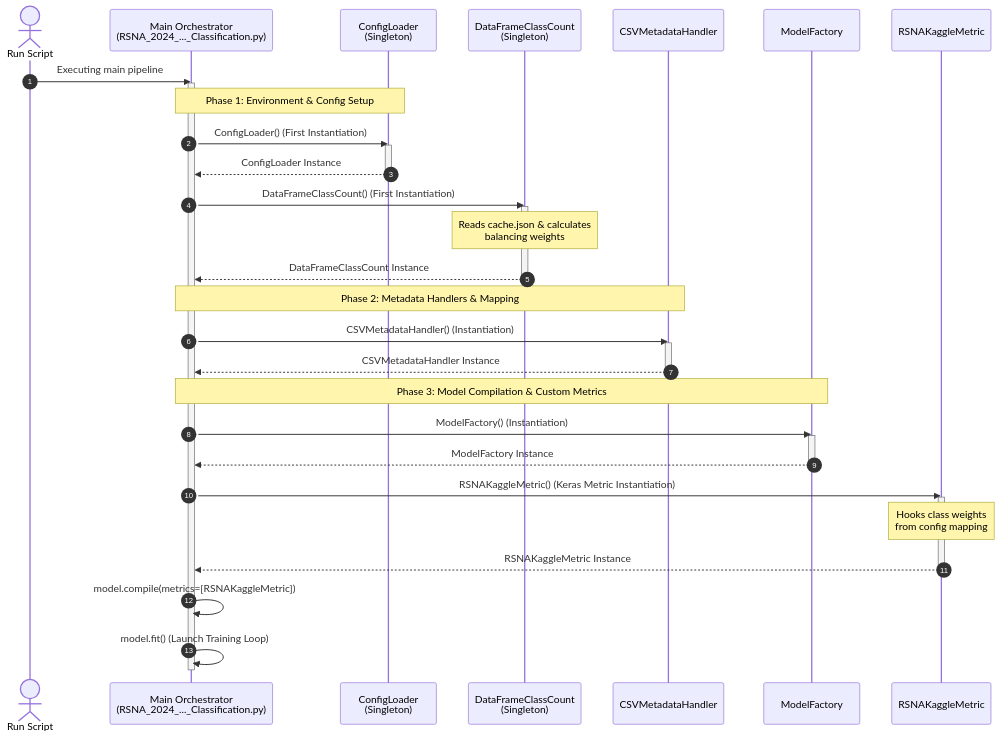
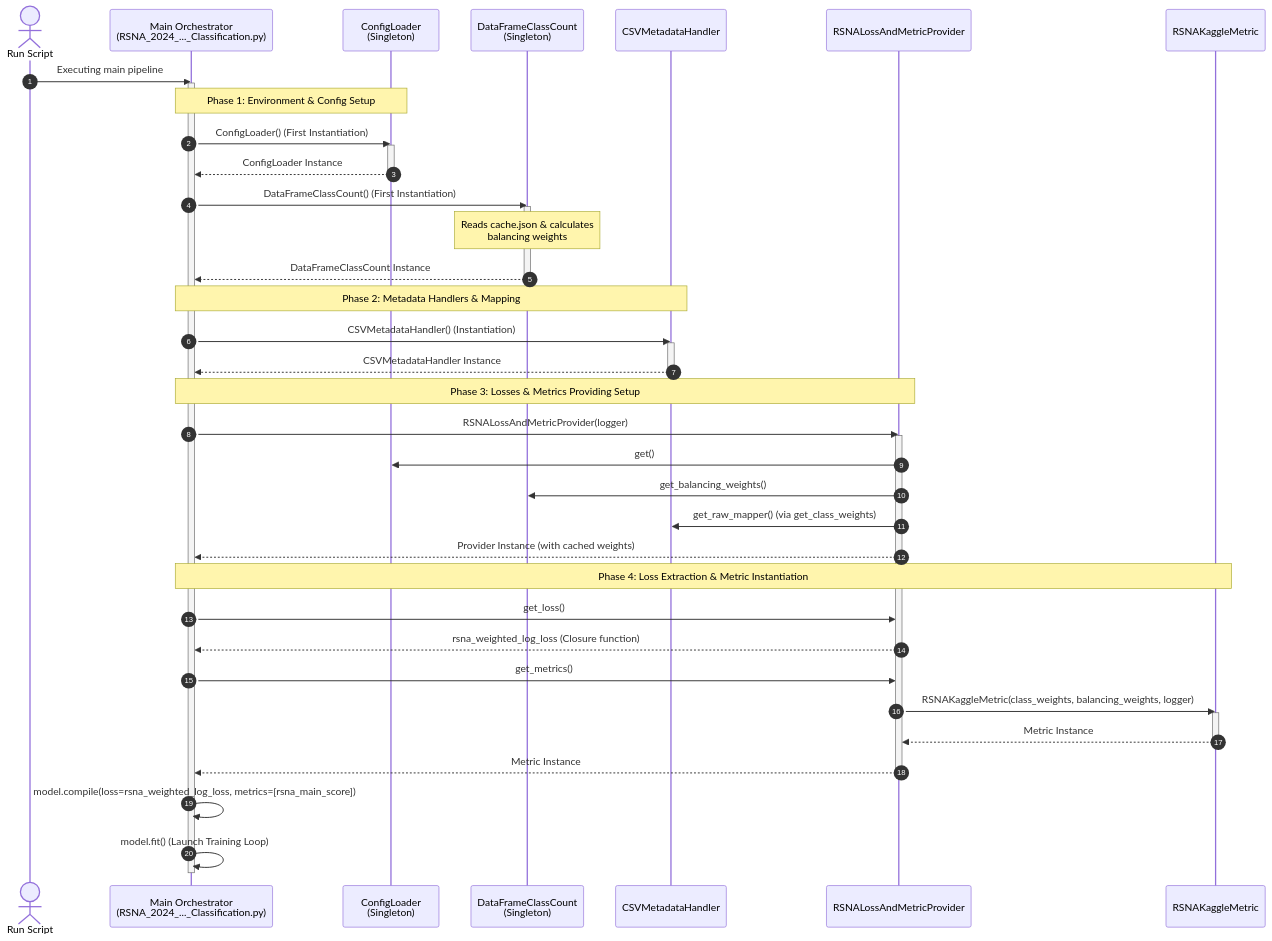
Before and after one commit to OlivierR63/RSNA_Items_Detection_Classification: the third of 4 diagrams in README.md, drawn with Mermaid. The commit also changed other lines of this file, not shown here.

First line of the commit message:
doc: document RSNALossAndMetricProvider orchestration in README

````diff
--- a/README.md
+++ b/README.md
@@ -96,41 +96,48 @@
 ```mermaid
 sequenceDiagram
     autonumber
     actor User as Run Script
     participant Main as Main Orchestrator<br/>(RSNA_2024_..._Classification.py)
     participant Cfg as ConfigLoader<br/>(Singleton)
     participant DFCount as DataFrameClassCount<br/>(Singleton)
     participant Handler as CSVMetadataHandler
-    participant Model as ModelFactory
+    participant Provider as RSNALossAndMetricProvider
     participant Metric as RSNAKaggleMetric
     User->>Main: Executing main pipeline
     activate Main
     note over Main,Cfg: Phase 1: Environment & Config Setup
     Main->>Cfg: ConfigLoader() (First Instantiation)
     activate Cfg
     Cfg-->>Main: ConfigLoader Instance
     deactivate Cfg
     Main->>DFCount: DataFrameClassCount() (First Instantiation)
     activate DFCount
     note over DFCount: Reads cache.json & calculates<br/>balancing weights
     DFCount-->>Main: DataFrameClassCount Instance
     deactivate DFCount
     note over Main,Handler: Phase 2: Metadata Handlers & Mapping
     Main->>Handler: CSVMetadataHandler() (Instantiation)
     activate Handler
     Handler-->>Main: CSVMetadataHandler Instance
     deactivate Handler
-    note over Main,Model: Phase 3: Model Compilation & Custom Metrics
-    Main->>Model: ModelFactory() (Instantiation)
-    activate Model
-    Model-->>Main: ModelFactory Instance
-    deactivate Model
-    Main->>Metric: RSNAKaggleMetric() (Keras Metric Instantiation)
+    note over Main,Provider: Phase 3: Losses & Metrics Providing Setup
+    Main->>Provider: RSNALossAndMetricProvider(logger)
+    activate Provider
+    Provider->>Cfg: get()
+    Provider->>DFCount: get_balancing_weights()
+    Provider->>Handler: get_raw_mapper() (via get_class_weights)
+    Provider-->>Main: Provider Instance (with cached weights)
+    note over Main,Metric: Phase 4: Loss Extraction & Metric Instantiation
+    Main->>Provider: get_loss()
+    Provider-->>Main: rsna_weighted_log_loss (Closure function)
+    Main->>Provider: get_metrics()
+    Provider->>Metric: RSNAKaggleMetric(class_weights, balancing_weights, logger)
     activate Metric
-    note over Metric: Hooks class weights<br/>from config mapping
-    Metric-->>Main: RSNAKaggleMetric Instance
+    Metric-->>Provider: Metric Instance
     deactivate Metric
-    Main->>Main: model.compile(metrics=[RSNAKaggleMetric])
+    Provider-->>Main: Metric Instance
+    deactivate Provider
+    Main->>Main: model.compile(loss=rsna_weighted_log_loss, metrics=[rsna_main_score])
     Main->>Main: model.fit() (Launch Training Loop)
     deactivate Main
 ```
````
